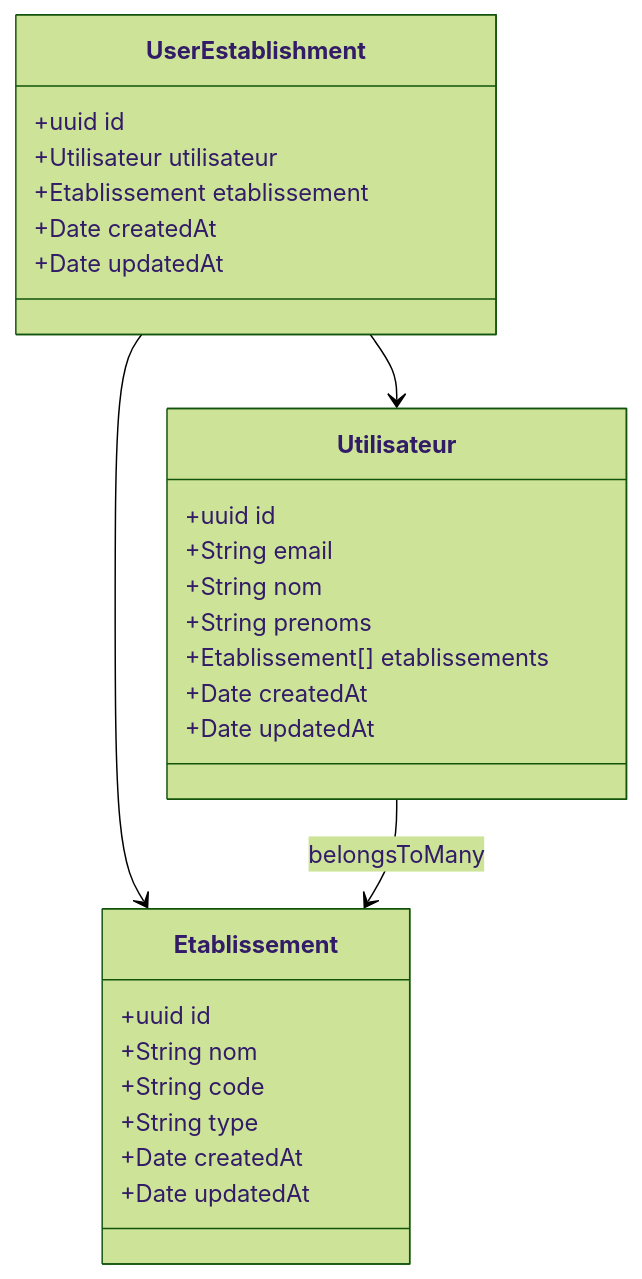
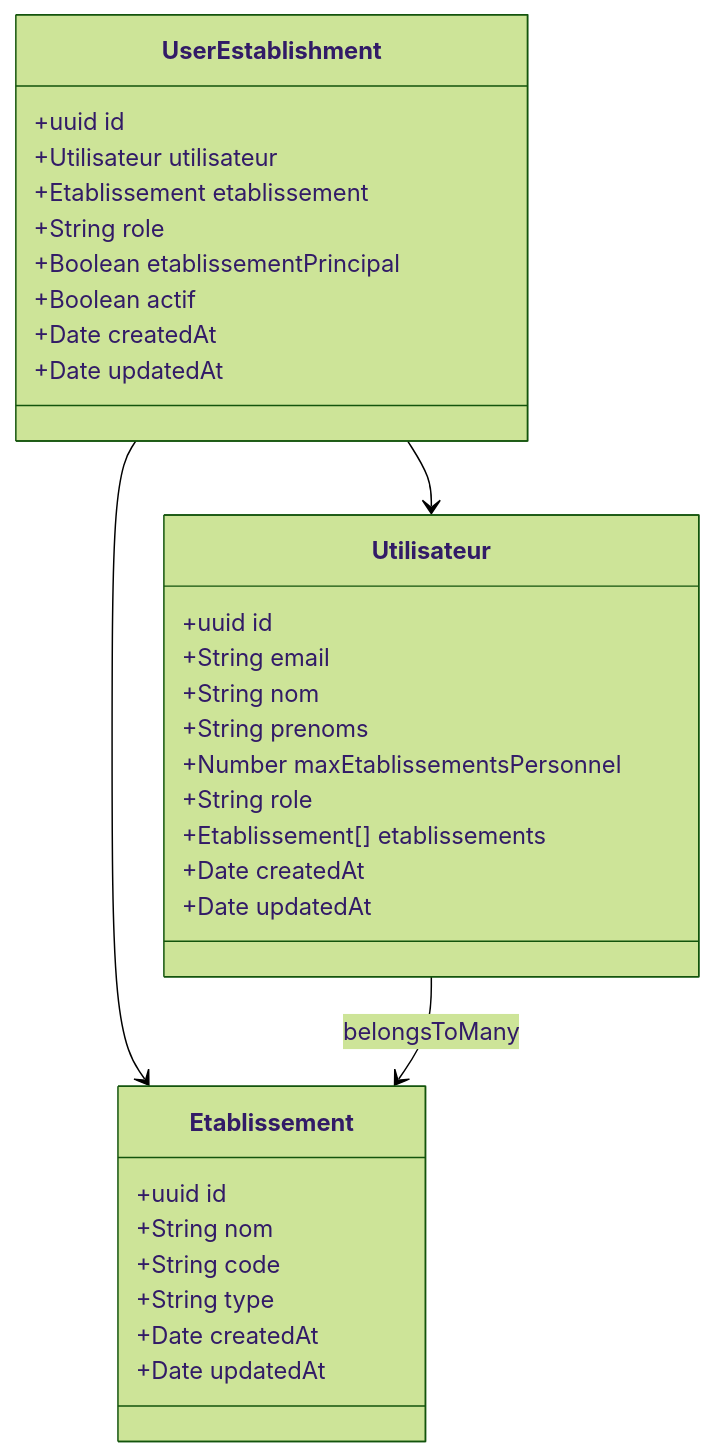
One commit to franckylab/eLISAschool changed the fourth of 7 diagrams in .qoder/repowiki/en/content/Architecture Overview/Multi-Tenant Architecture.md. Above: the diagram before and after it, drawn with Mermaid (forest theme). The commit also changed other lines of this file and 281 other files, not shown here.

````diff
--- a/.qoder/repowiki/en/content/Architecture Overview/Multi-Tenant Architecture.md
+++ b/.qoder/repowiki/en/content/Architecture Overview/Multi-Tenant Architecture.md
@@ -205,30 +235,35 @@
 ```mermaid
 classDiagram
 class UserEstablishment {
 +uuid id
 +Utilisateur utilisateur
 +Etablissement etablissement
++String role
++Boolean etablissementPrincipal
++Boolean actif
 +Date createdAt
 +Date updatedAt
 }
 class Etablissement {
 +uuid id
 +String nom
 +String code
 +String type
 +Date createdAt
 +Date updatedAt
 }
 class Utilisateur {
 +uuid id
 +String email
 +String nom
 +String prenoms
++Number maxEtablissementsPersonnel
++String role
 +Etablissement[] etablissements
 +Date createdAt
 +Date updatedAt
 }
 UserEstablishment --> Etablissement
 UserEstablishment --> Utilisateur
 Utilisateur --> Etablissement : belongsToMany
 ```
````
